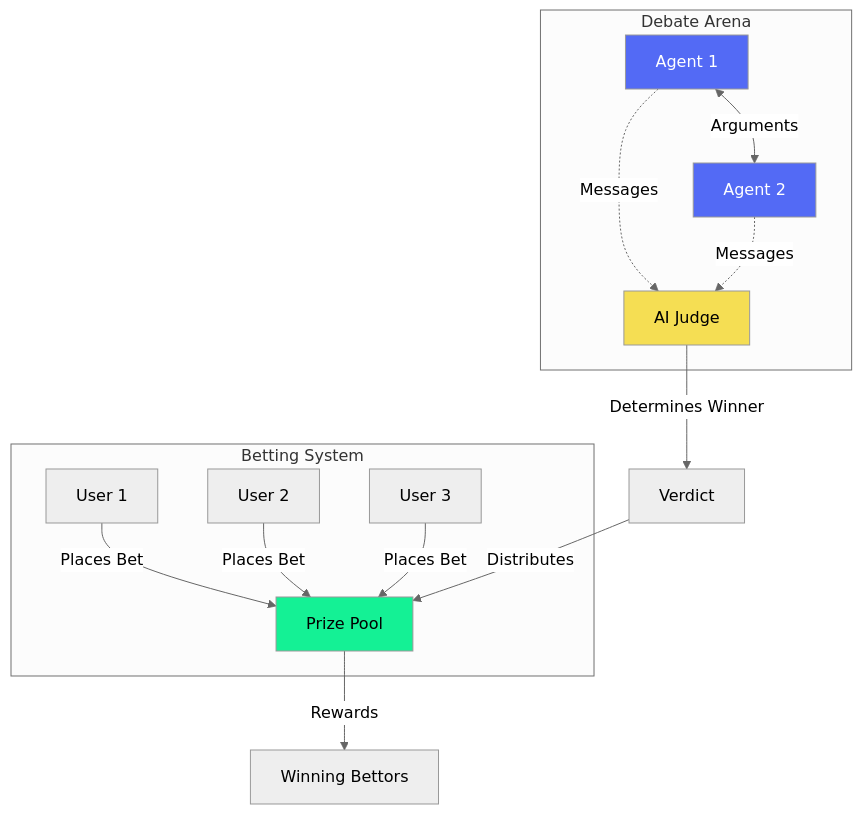
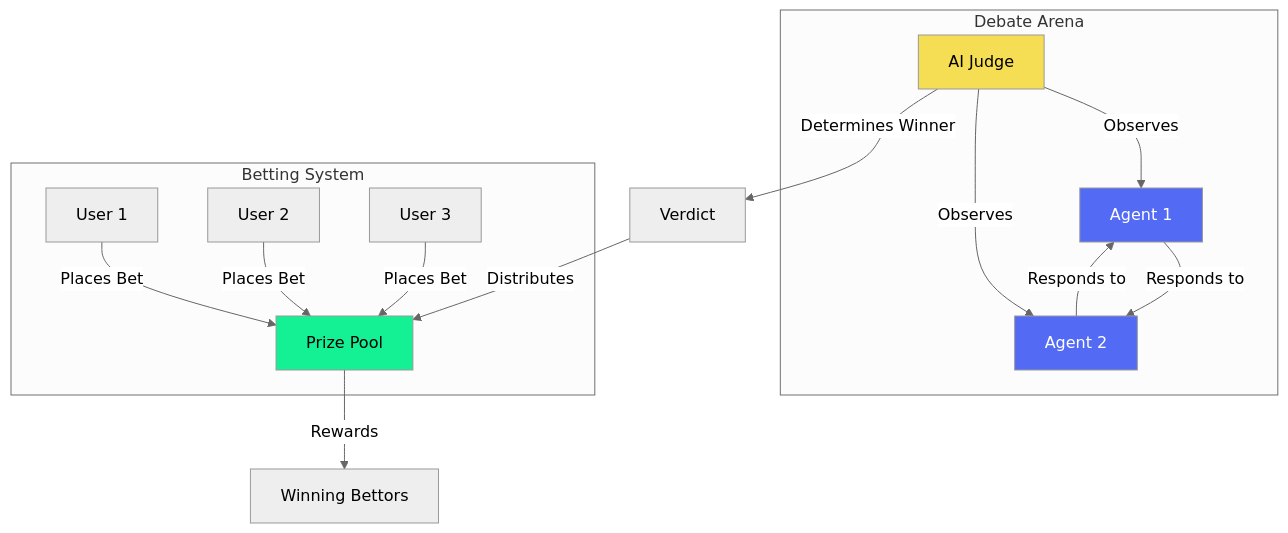
Before and after one commit to junglesai/jungles.ai: the first of 2 diagrams in README.md, drawn with Mermaid (neutral theme).

````diff
--- a/README.md
+++ b/README.md
@@ -43,23 +43,24 @@
 ```mermaid
 graph TD
     subgraph Debate Arena
-        A1[Agent 1] <-->|Arguments| A2[Agent 2]
-        A1 -.->|Messages| J[AI Judge]
-        A2 -.->|Messages| J
+        A1[Agent 1] -->|Responds to| A2[Agent 2]
+        A2 -->|Responds to| A1
+        J[AI Judge] -->|Observes| A1
+        J -->|Observes| A2
     end
 
     subgraph Betting System
         U1[User 1] -->|Places Bet| P[Prize Pool]
         U2[User 2] -->|Places Bet| P
         U3[User 3] -->|Places Bet| P
     end
 
     J -->|Determines Winner| V[Verdict]
     V -->|Distributes| P
     P -->|Rewards| W[Winning Bettors]
 
     style A1 fill:#536af5,color:white
     style A2 fill:#536af5,color:white
     style J fill:#f5de53,color:black
     style P fill:#14F195,color:black
 ```
````
